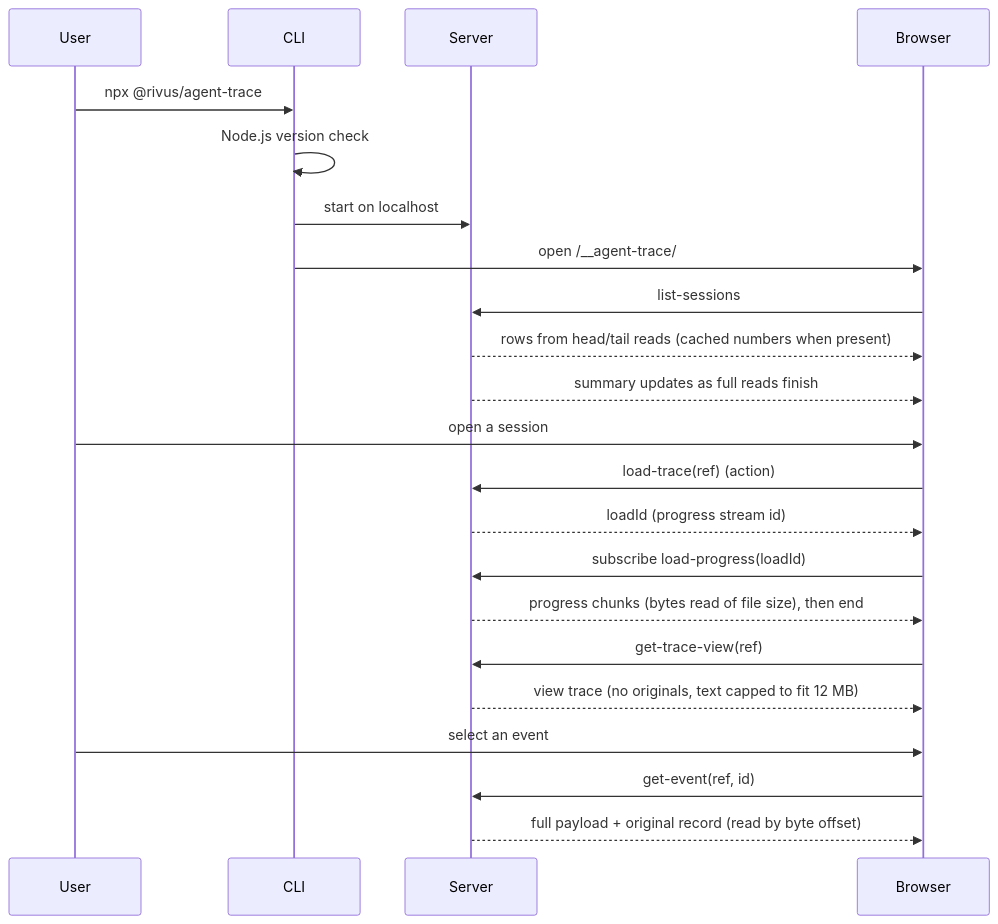
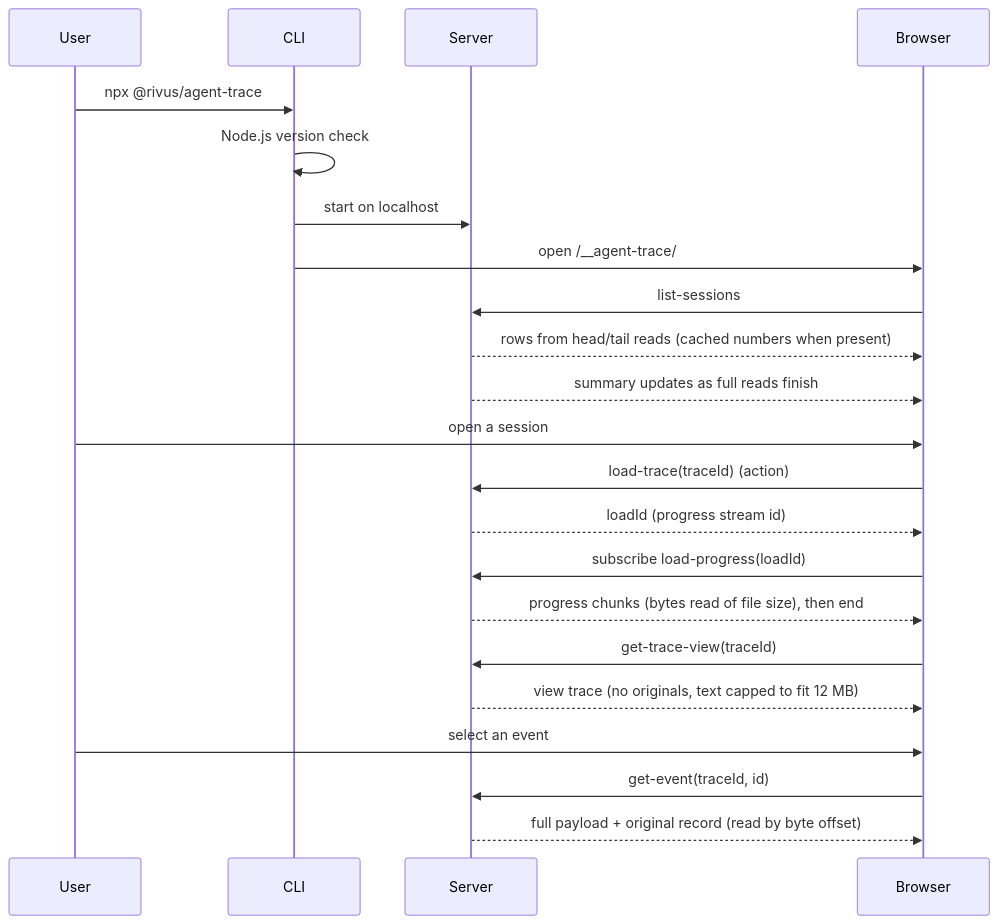
One commit to PerfectPan/estela changed the second of 4 diagrams in docs/plans/0001-external-release.md. Above: the diagram before and after it, drawn with Mermaid. The commit also changed other lines of this file and 100 other files, not shown here.

````diff
--- a/docs/plans/0001-external-release.md
+++ b/docs/plans/0001-external-release.md
@@ -158,24 +158,24 @@
 ```mermaid
 sequenceDiagram
   participant U as User
   participant C as CLI
   participant S as Server
   participant B as Browser
   U->>C: npx @rivus/agent-trace
   C->>C: Node.js version check
   C->>S: start on localhost
   C->>B: open /__agent-trace/
   B->>S: list-sessions
   S-->>B: rows from head/tail reads (cached numbers when present)
   S-->>B: summary updates as full reads finish
   U->>B: open a session
-  B->>S: load-trace(ref) (action)
+  B->>S: load-trace(traceId) (action)
   S-->>B: loadId (progress stream id)
   B->>S: subscribe load-progress(loadId)
   S-->>B: progress chunks (bytes read of file size), then end
-  B->>S: get-trace-view(ref)
+  B->>S: get-trace-view(traceId)
   S-->>B: view trace (no originals, text capped to fit 12 MB)
   U->>B: select an event
-  B->>S: get-event(ref, id)
+  B->>S: get-event(traceId, id)
   S-->>B: full payload + original record (read by byte offset)
 ```
````
